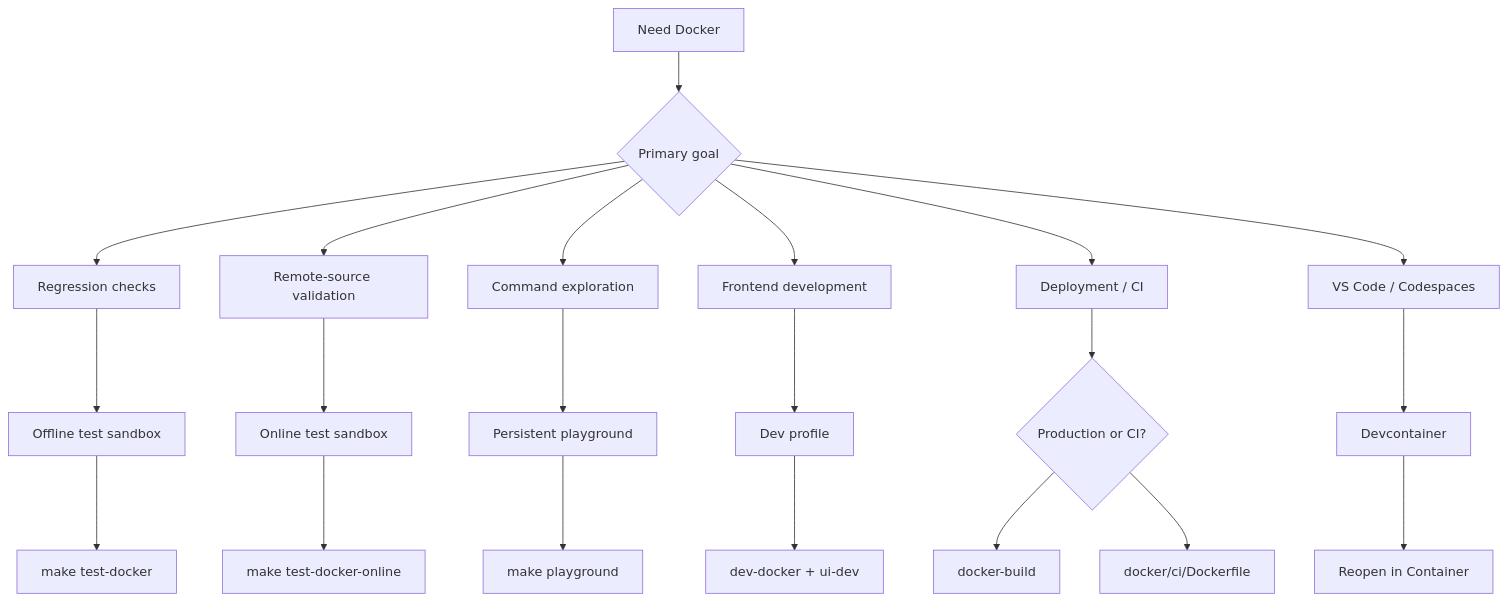
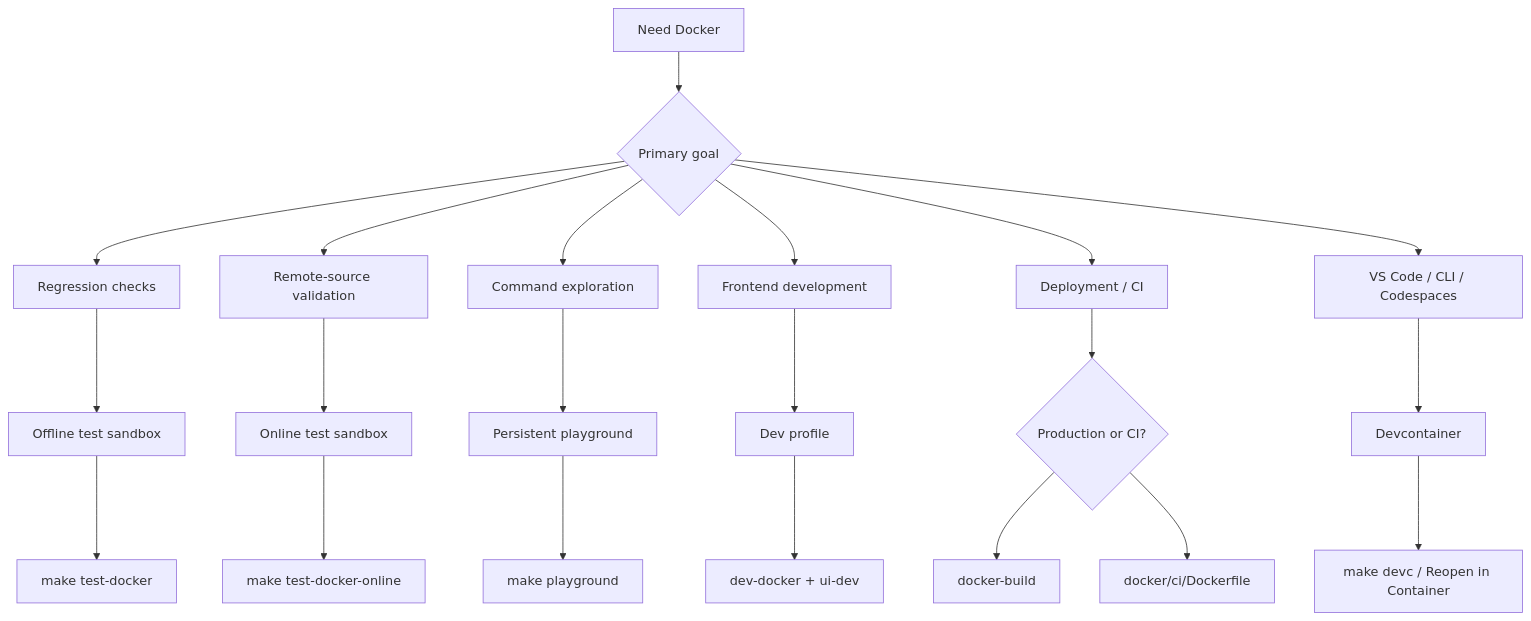
Before and after one commit to runkids/skillshare: the diagram in website/docs/how-to/advanced/docker-sandbox.md, drawn with Mermaid. The commit also changed other lines of this file and 9 other files, not shown here.

````diff
--- a/website/docs/how-to/advanced/docker-sandbox.md
+++ b/website/docs/how-to/advanced/docker-sandbox.md
@@ -11,29 +11,29 @@
 ```mermaid
 flowchart TD
 A["Need Docker"] --> B{"Primary goal"}
 B --> C["Regression checks"]
 B --> D["Remote-source validation"]
 B --> E["Command exploration"]
 B --> F["Frontend development"]
 B --> G["Deployment / CI"]
-B --> H["VS Code / Codespaces"]
+B --> H["VS Code / CLI / Codespaces"]
 
 C --> C1["Offline test sandbox"]
 C1 --> C2["make test-docker"]
 
 D --> D1["Online test sandbox"]
 D1 --> D2["make test-docker-online"]
 
 E --> E1["Persistent playground"]
 E1 --> E2["make playground"]
 
 F --> F1["Dev profile"]
 F1 --> F2["dev-docker + ui-dev"]
 
 G --> G1{"Production or CI?"}
 G1 --> G2["docker-build"]
 G1 --> G3["docker/ci/Dockerfile"]
 
 H --> H1["Devcontainer"]
-H1 --> H2["Reopen in Container"]
+H1 --> H2["make devc / Reopen in Container"]
 ```
````
